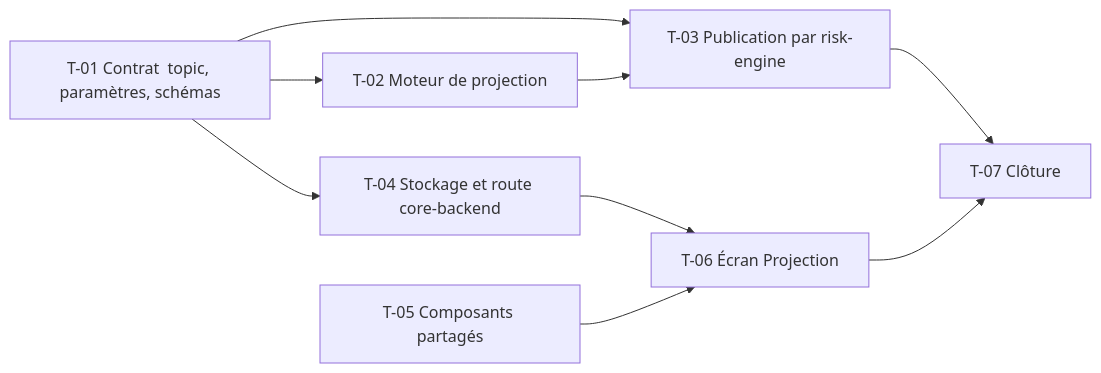
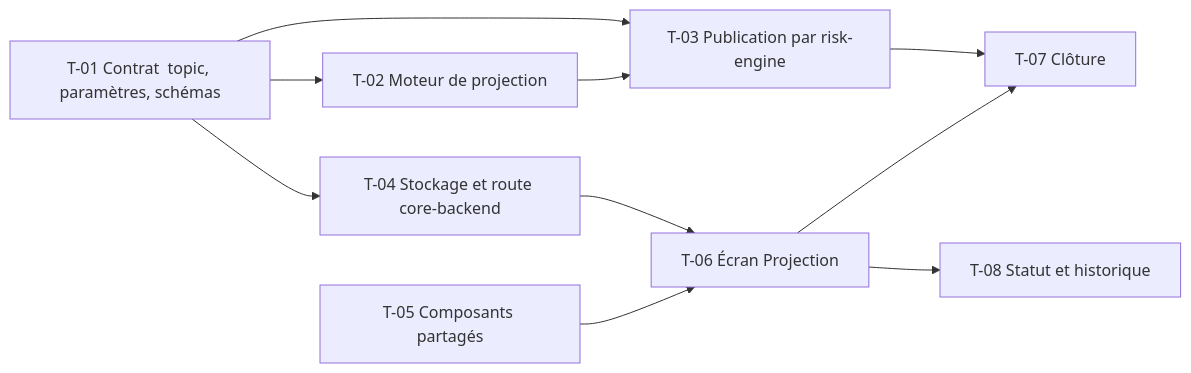
Before and after one commit to Matsuel/Azimut: the diagram in roadmap/14-projection-monte-carlo/TASKS.md, drawn with Mermaid. The commit also changed other lines of this file and 3 other files, not shown here.

Commit message:
docs(roadmap): D13 statut et historique des calculs de la projection

````diff
--- a/roadmap/14-projection-monte-carlo/TASKS.md
+++ b/roadmap/14-projection-monte-carlo/TASKS.md
@@ -33,18 +35,20 @@
 ```mermaid
 flowchart LR
     T01[T-01 Contrat  topic, paramètres, schémas]
     T02[T-02 Moteur de projection]
     T03[T-03 Publication par risk-engine]
     T04[T-04 Stockage et route core-backend]
     T05[T-05 Composants partagés]
     T06[T-06 Écran Projection]
     T07[T-07 Clôture]
+    T08[T-08 Statut et historique]
     T01 --> T02
     T01 --> T03
     T02 --> T03
     T01 --> T04
     T04 --> T06
     T05 --> T06
     T03 --> T07
     T06 --> T07
+    T06 --> T08
 ```
````
